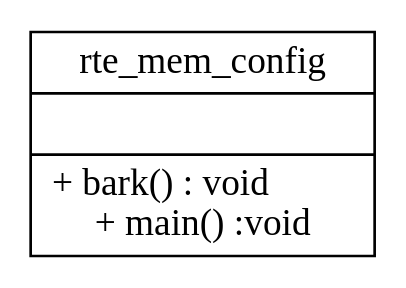
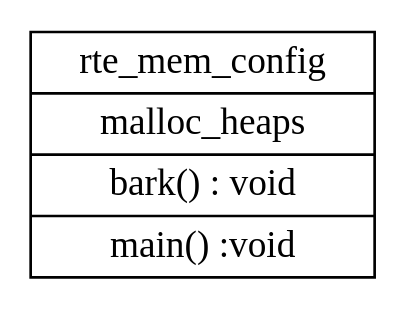
One commit to sisyphus1212/note changed the diagram in dpdk/内存管理.md. Above: the diagram before and after it, drawn with Graphviz.

Commit message:
auto_update

````diff
--- a/dpdk/内存管理.md
+++ b/dpdk/内存管理.md
@@ -16,12 +16,13 @@
 ```graphviz
 digraph {
 	rte_mem_config[
 		label = "{
 		rte_mem_config|
-	    |+ bark() : void \l
-		 + main() :void
+        malloc_heaps|
+		bark() : void |
+		main() :void
 		}",
 		shape = "record"
 	];
 }
 ```
````
